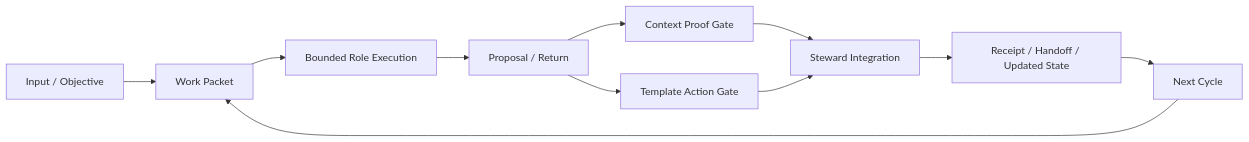
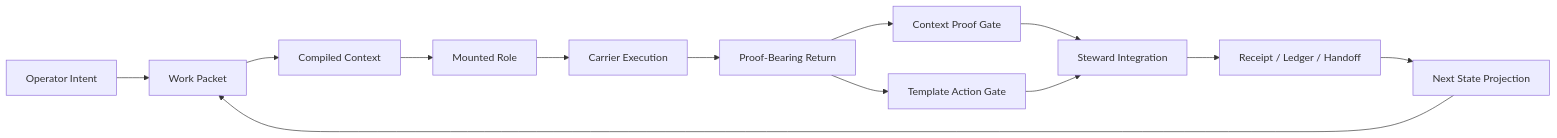
One commit to ION-operations/ion-codex changed the diagram in README.md. Above: the diagram before and after it, drawn with Mermaid. The commit also changed other lines of this file and 1 other file, not shown here.

````diff
--- a/README.md
+++ b/README.md
@@ -251,13 +67,15 @@
 ```mermaid
 flowchart LR
-    A[Input / Objective] --> B[Work Packet]
-    B --> C[Bounded Role Execution]
-    C --> D[Proposal / Return]
-    D --> E[Context Proof Gate]
-    D --> F[Template Action Gate]
-    E --> G[Steward Integration]
-    F --> G
-    G --> H[Receipt / Handoff / Updated State]
-    H --> I[Next Cycle]
-    I --> B
+    A[Operator Intent] --> B[Work Packet]
+    B --> C[Compiled Context]
+    C --> D[Mounted Role]
+    D --> E[Carrier Execution]
+    E --> F[Proof-Bearing Return]
+    F --> G[Context Proof Gate]
+    F --> H[Template Action Gate]
+    G --> I[Steward Integration]
+    H --> I
+    I --> J[Receipt / Ledger / Handoff]
+    J --> K[Next State Projection]
+    K --> B
 ```
````
